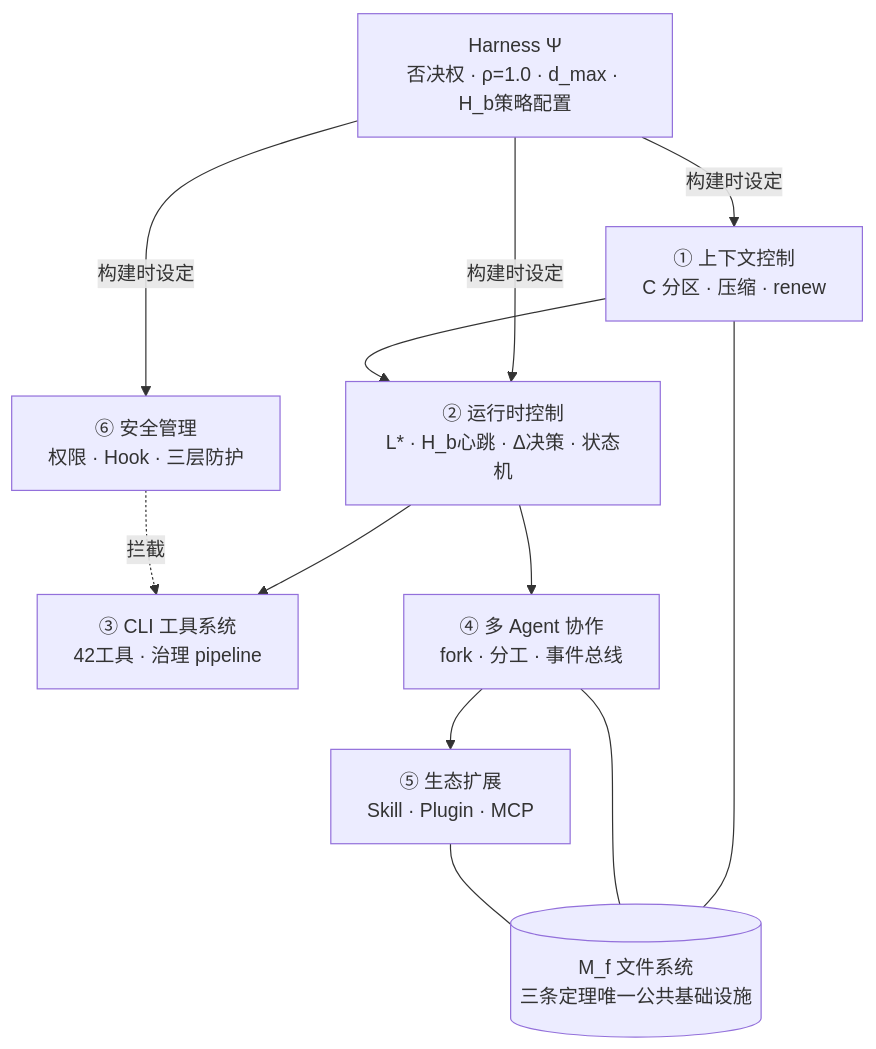
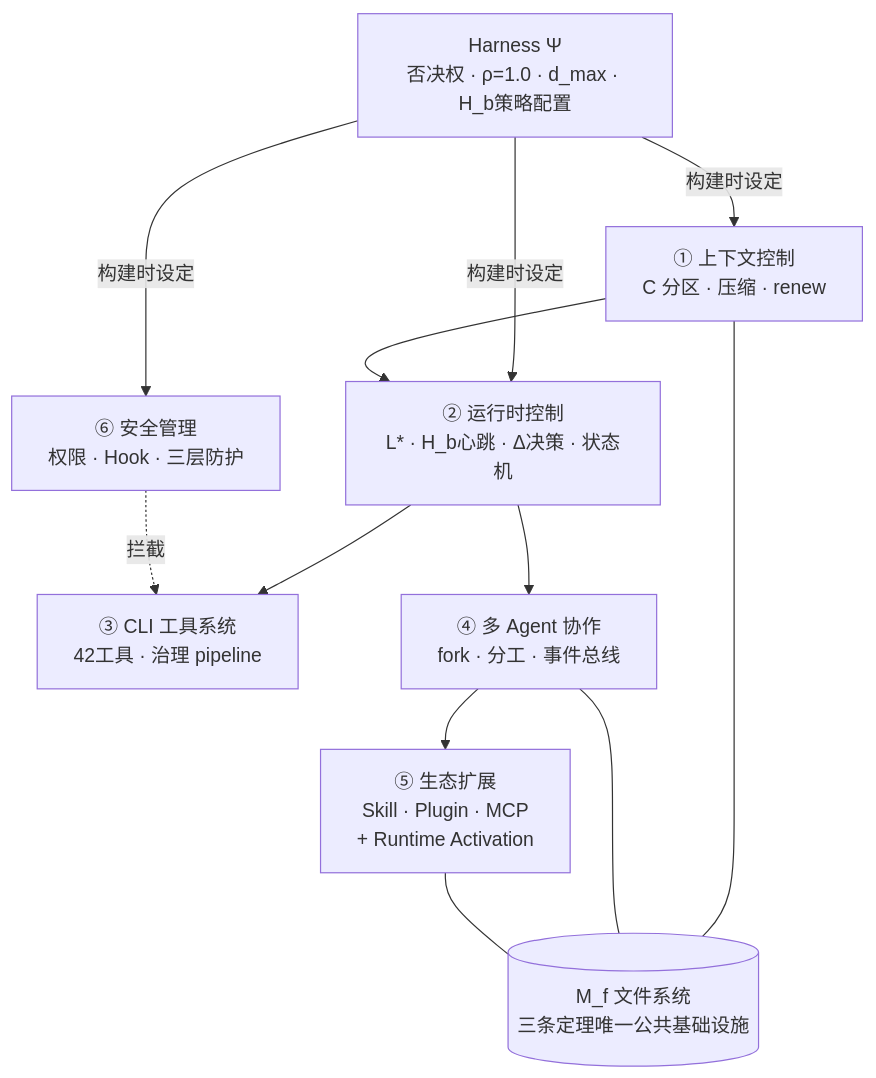
One commit to kongusen/loom-agent changed the first of 22 diagrams in wiki/hernss-agent-framework.md. Above: the diagram before and after it, drawn with Mermaid. The commit also changed other lines of this file and 214 other files, not shown here.

````diff
--- a/wiki/hernss-agent-framework.md
+++ b/wiki/hernss-agent-framework.md
@@ -61,27 +63,27 @@
 ```mermaid
 graph TD
     PSI["Harness Ψ\n否决权 · ρ=1.0 · d_max · H_b策略配置"]
 
     D1["① 上下文控制\nC 分区 · 压缩 · renew"]
     D2["② 运行时控制\nL* · H_b心跳 · Δ决策 · 状态机"]
     D3["③ CLI 工具系统\n42工具 · 治理 pipeline"]
     D4["④ 多 Agent 协作\nfork · 分工 · 事件总线"]
-    D5["⑤ 生态扩展\nSkill · Plugin · MCP"]
+    D5["⑤ 生态扩展\nSkill · Plugin · MCP\n+ Runtime Activation"]
     D6["⑥ 安全管理\n权限 · Hook · 三层防护"]
 
     MF[("M_f 文件系统\n三条定理唯一公共基础设施")]
 
     PSI -->|"构建时设定"| D1
     PSI -->|"构建时设定"| D2
     PSI -->|"构建时设定"| D6
 
     D1 --> D2
     D2 --> D3
     D2 --> D4
     D4 --> D5
     D6 -.->|"拦截"| D3
 
     D1 --- MF
     D4 --- MF
     D5 --- MF
 ```
````
